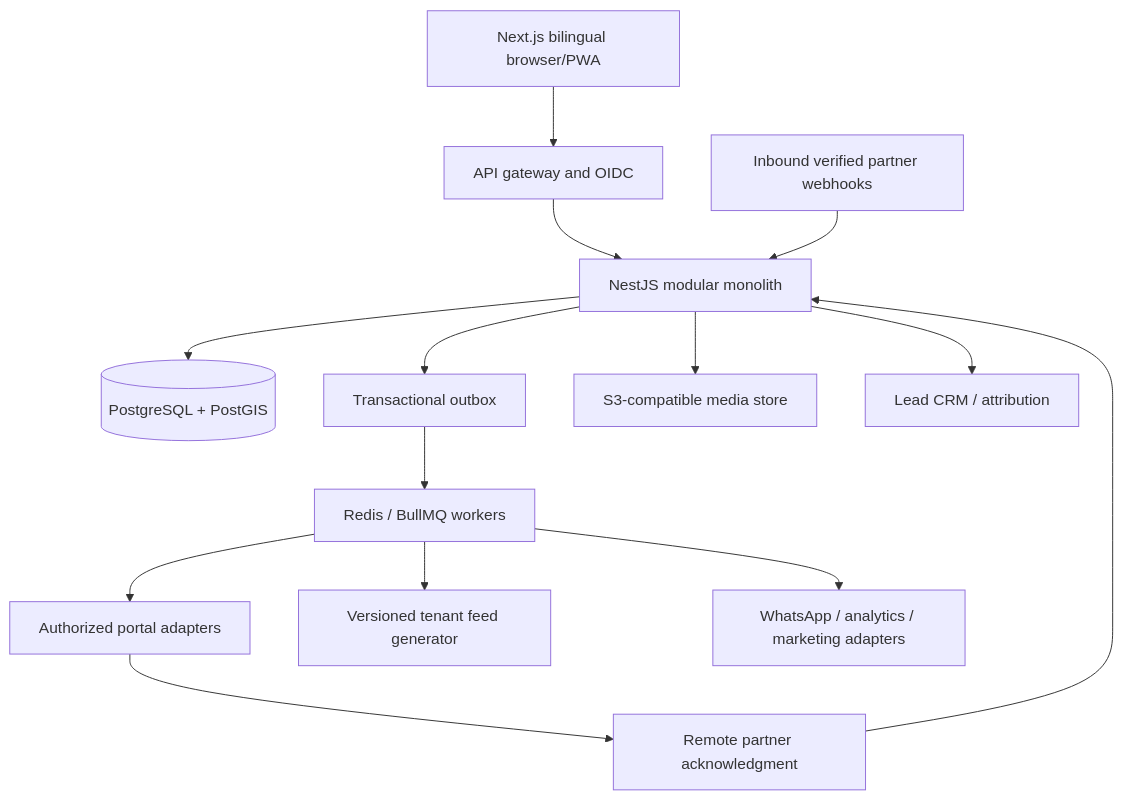
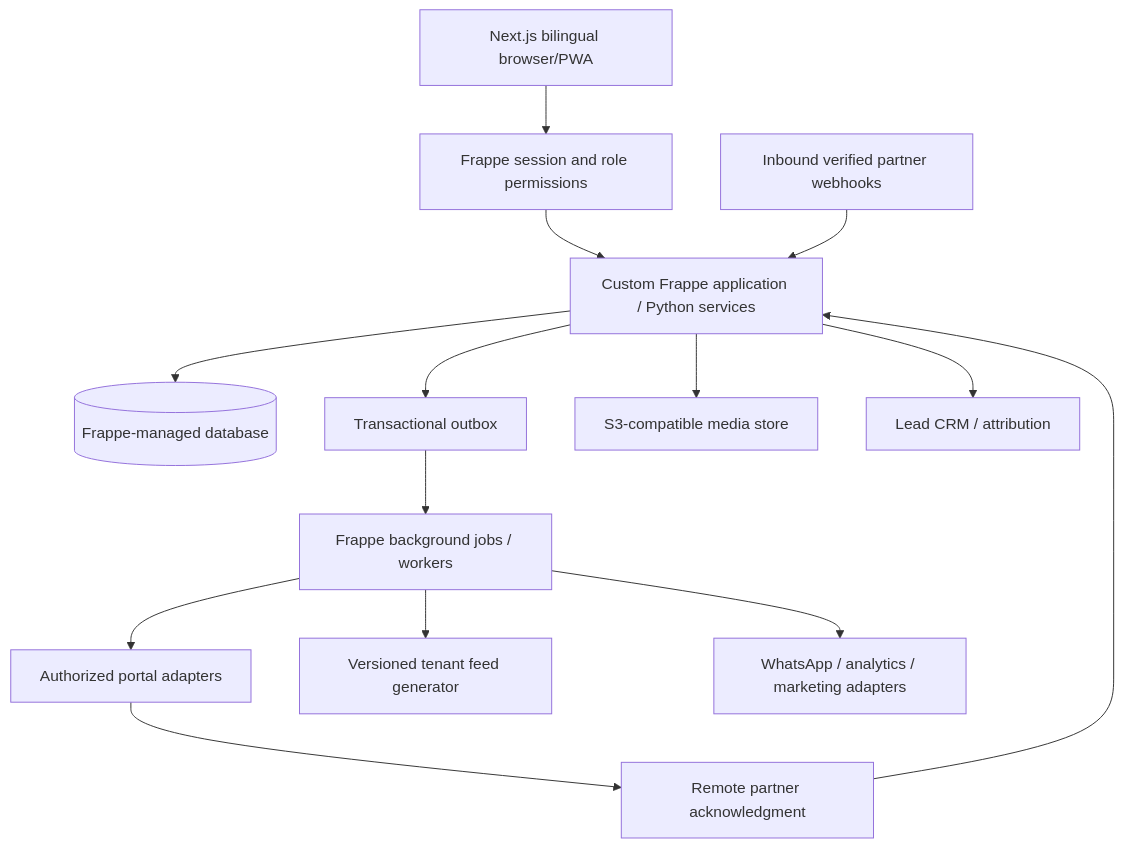
One commit to Mayureshju/maxpro changed the diagram in docs/12-architecture-contracts.md. Above: the diagram before and after it, drawn with Mermaid. The commit also changed other lines of this file and 186 other files, not shown here.

````diff
--- a/docs/12-architecture-contracts.md
+++ b/docs/12-architecture-contracts.md
@@ -5,16 +5,16 @@
 ```mermaid
 flowchart TD
-  U[Next.js bilingual browser/PWA] --> G[API gateway and OIDC]
-  G --> M[NestJS modular monolith]
-  M --> DB[(PostgreSQL + PostGIS)]
+  U[Next.js bilingual browser/PWA] --> G[Frappe session and role permissions]
+  G --> M[Custom Frappe application / Python services]
+  M --> DB[(Frappe-managed database)]
   M --> O[Transactional outbox]
-  O --> Q[Redis / BullMQ workers]
+  O --> Q[Frappe background jobs / workers]
   Q --> A[Authorized portal adapters]
   Q --> F[Versioned tenant feed generator]
   Q --> W[WhatsApp / analytics / marketing adapters]
   M --> S[S3-compatible media store]
   E[Inbound verified partner webhooks] --> M
   A --> R[Remote partner acknowledgment]
   R --> M
   M --> L[Lead CRM / attribution]
 ```
````
